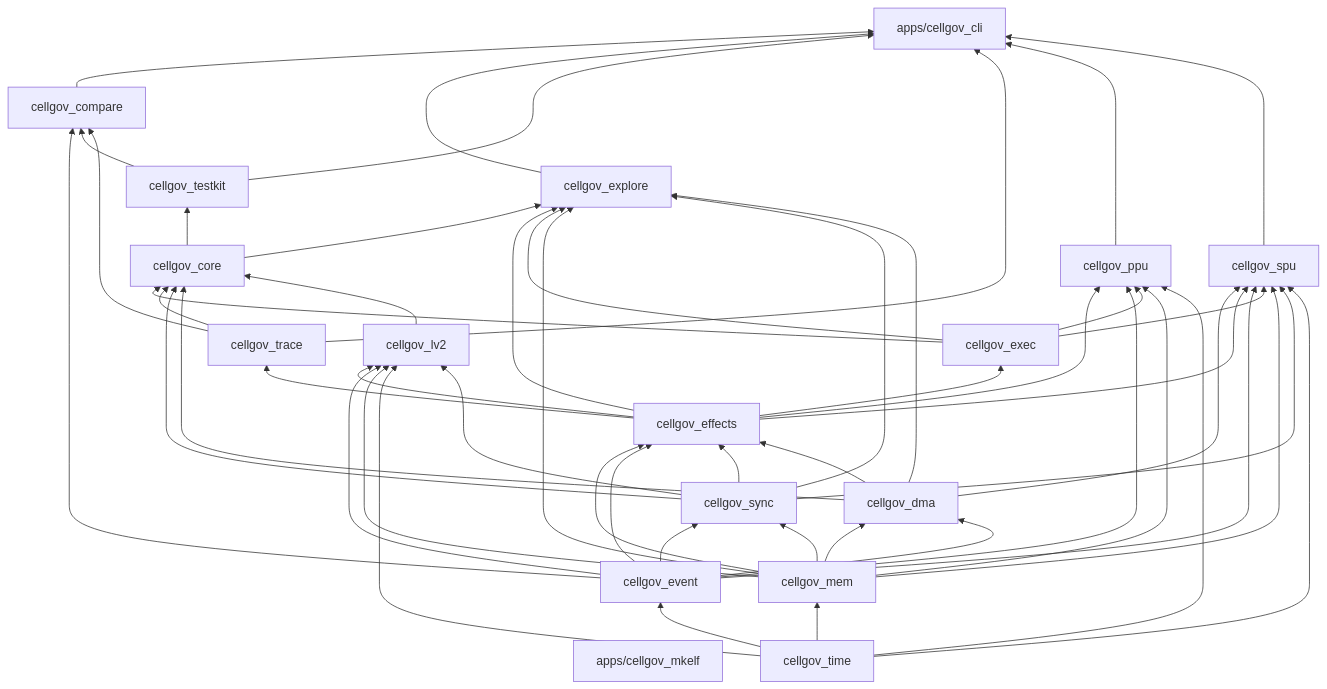
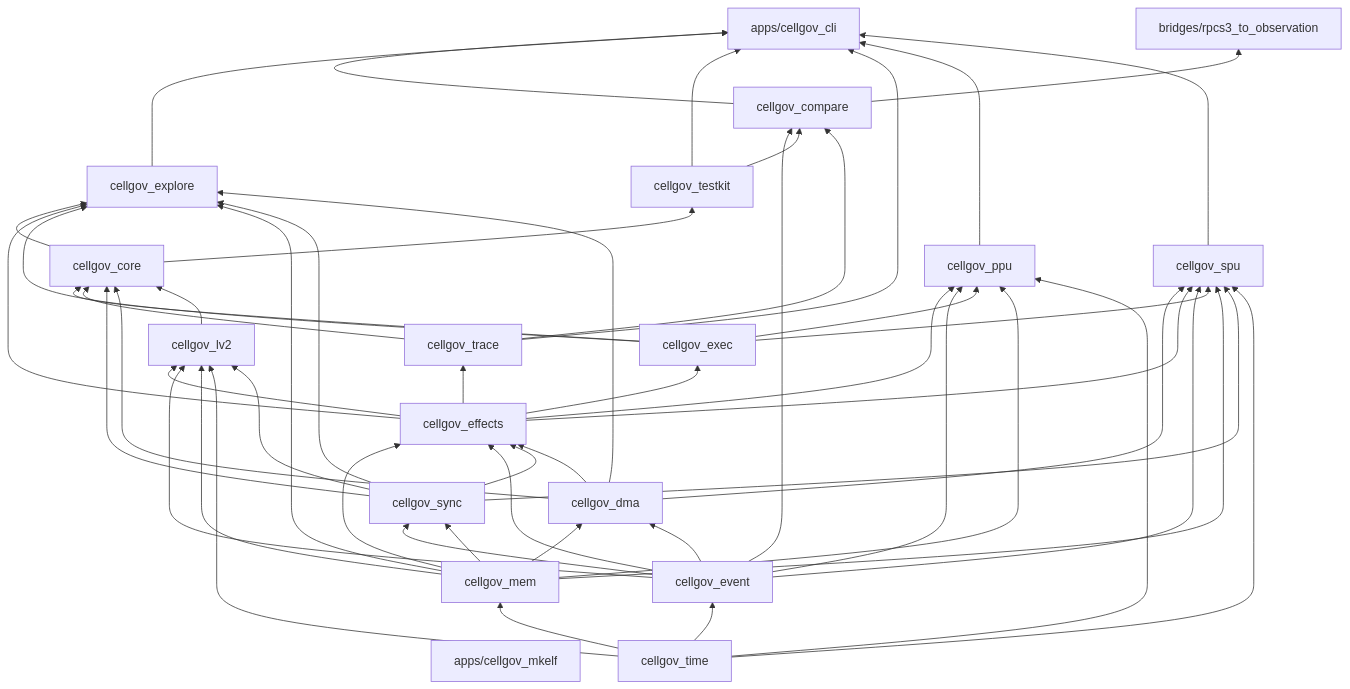
The diagram in docs/architecture.md (RoyalAce22/CellGov), drawn with Mermaid before and after one commit. The commit also changed other lines of this file and 36 other files, not shown here.

````diff
--- a/docs/architecture.md
+++ b/docs/architecture.md
@@ -20,71 +20,73 @@
 ```mermaid
 graph BT
   cli["apps/cellgov_cli"]
   mkelf["apps/cellgov_mkelf"]
+  rpcs3obs["bridges/rpcs3_to_observation"]
   explore[cellgov_explore]
   compare[cellgov_compare]
   testkit[cellgov_testkit]
   core[cellgov_core]
   lv2[cellgov_lv2]
   ppu[cellgov_ppu]
   spu[cellgov_spu]
   exec[cellgov_exec]
   trace[cellgov_trace]
   sync[cellgov_sync]
   dma[cellgov_dma]
   effects[cellgov_effects]
   mem[cellgov_mem]
   event[cellgov_event]
   time[cellgov_time]
 
   time --> mem
   time --> event
   event --> sync
   mem --> sync
   mem --> dma
   event --> dma
   mem --> effects
   event --> effects
   sync --> effects
   dma --> effects
   effects --> exec
   effects --> trace
   effects --> lv2
   event --> lv2
   mem --> lv2
   time --> lv2
   sync --> lv2
   exec --> core
   trace --> core
   sync --> core
   dma --> core
   lv2 --> core
   core --> testkit
   core --> explore
   effects --> explore
   exec --> explore
   mem --> explore
   sync --> explore
   dma --> explore
   event --> compare
   testkit --> compare
   trace --> compare
   effects --> ppu
   event --> ppu
   exec --> ppu
   mem --> ppu
   time --> ppu
   dma --> spu
   effects --> spu
   event --> spu
   exec --> spu
   mem --> spu
   sync --> spu
   time --> spu
   compare --> cli
   explore --> cli
   testkit --> cli
   trace --> cli
   ppu --> cli
   spu --> cli
+  compare --> rpcs3obs
 ```
````
